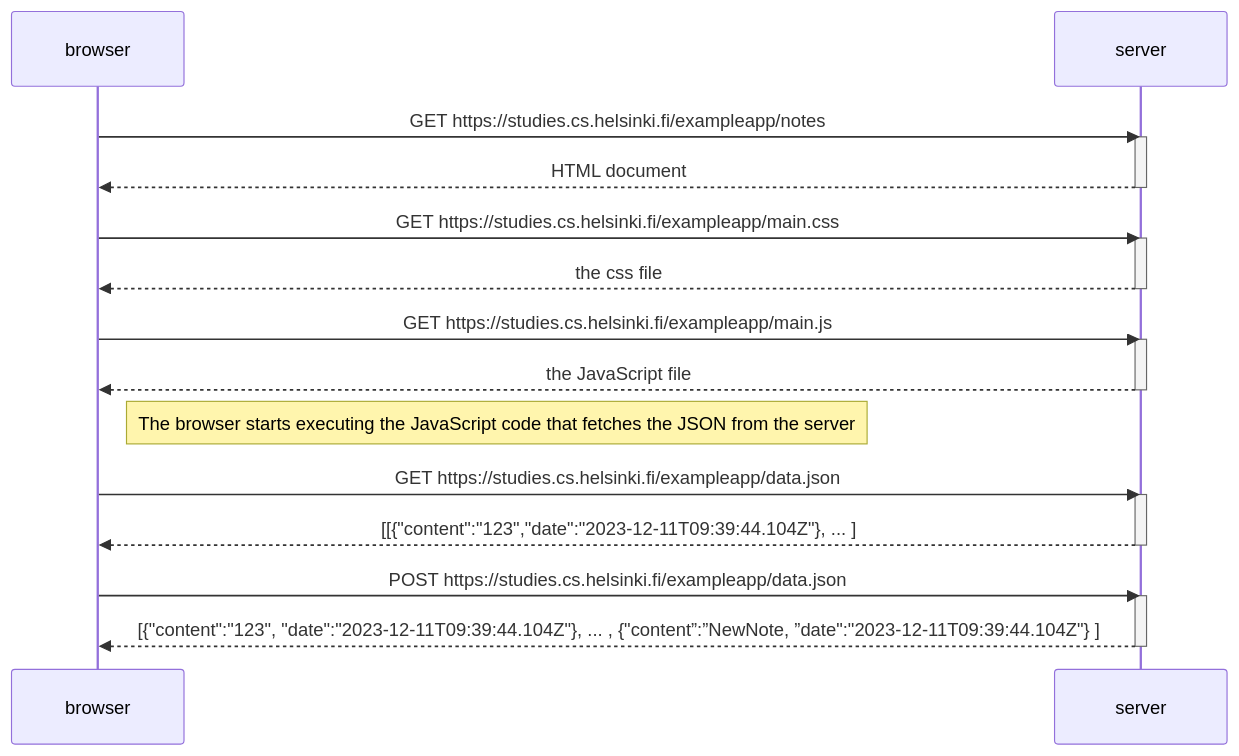
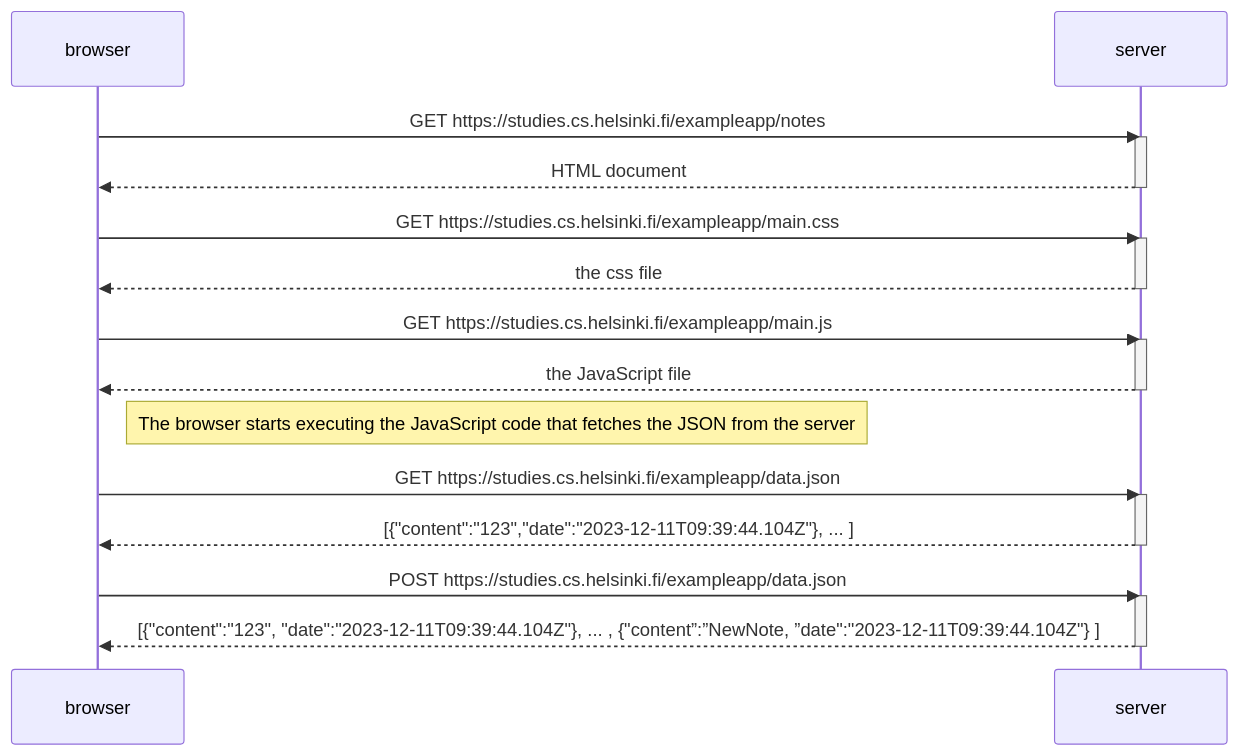
Before and after one commit to chungvuiloong/FullStackOpen2022: the diagram in part0/04.md, drawn with Mermaid.

Commit message:
Removed extra column

````diff
--- a/part0/04.md
+++ b/part0/04.md
@@ -1,32 +1,32 @@
 ```mermaid
 sequenceDiagram
     participant browser
     participant server
 
     browser->>server: GET https://studies.cs.helsinki.fi/exampleapp/notes
     activate server
     server-->>browser: HTML document
     deactivate server
 
     browser->>server: GET https://studies.cs.helsinki.fi/exampleapp/main.css
     activate server
     server-->>browser: the css file
     deactivate server
 
     browser->>server: GET https://studies.cs.helsinki.fi/exampleapp/main.js
     activate server
     server-->>browser: the JavaScript file
     deactivate server
 
     Note right of browser: The browser starts executing the JavaScript code that fetches the JSON from the server
 
     browser->>server: GET https://studies.cs.helsinki.fi/exampleapp/data.json
     activate server
-    server-->>browser: [[{"content":"123","date":"2023-12-11T09:39:44.104Z"}, ... ]
+    server-->>browser: [{"content":"123","date":"2023-12-11T09:39:44.104Z"}, ... ]
     deactivate server
 
     browser->>server: POST https://studies.cs.helsinki.fi/exampleapp/data.json
     activate server
     server-->>browser: [{"content":"123", "date":"2023-12-11T09:39:44.104Z"}, ... , {"content”:”NewNote, ”date":"2023-12-11T09:39:44.104Z"} ]
     deactivate server
 ```
````
